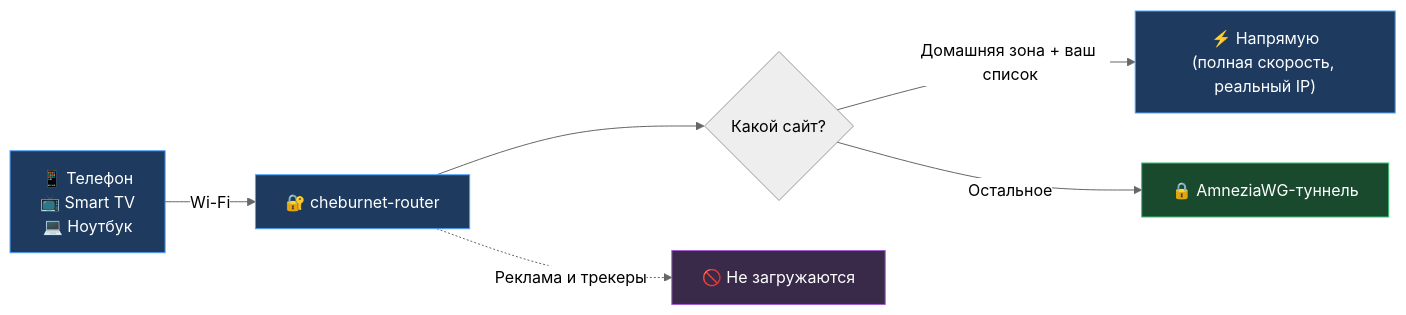
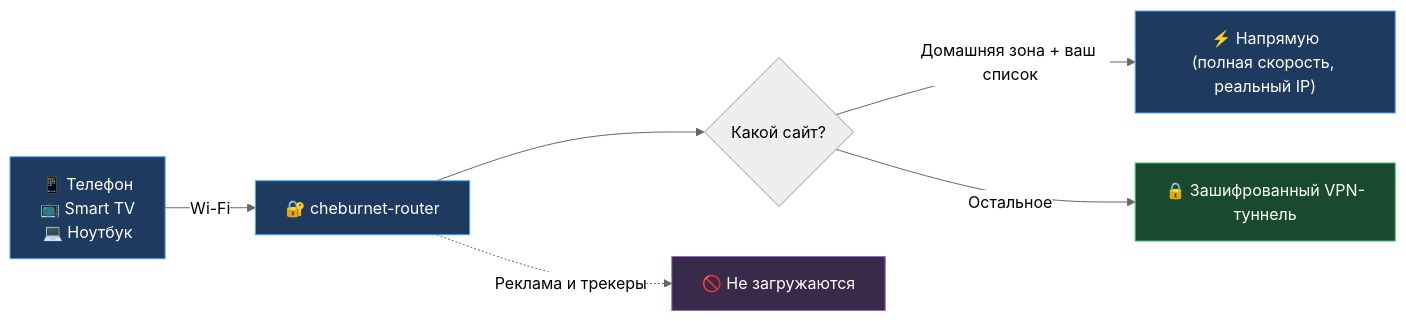
One commit to andreiyurik/cheburnet-router changed the diagram in README.md. Above: the diagram before and after it, drawn with Mermaid (neutral theme). The commit also changed other lines of this file, not shown here.

````diff
--- a/README.md
+++ b/README.md
@@ -63,15 +63,15 @@
 ```mermaid
 flowchart LR
     Phone["📱 Телефон<br/>📺 Smart TV<br/>💻 Ноутбук"] -->|"Wi-Fi"| Router["🔐 cheburnet-router"]
     Router --> Choice{"Какой сайт?"}
     Choice -->|"Домашняя зона + ваш список"| Direct["⚡ Напрямую<br/>(полная скорость, реальный IP)"]
-    Choice -->|"Остальное"| VPN["🔒 AmneziaWG-туннель"]
+    Choice -->|"Остальное"| VPN["🔒 Зашифрованный VPN-туннель"]
     Router -.->|"Реклама и трекеры"| Block["🚫 Не загружаются"]
 
     classDef d fill:#1e3a5f,stroke:#4fa3ff,color:#fff
     classDef vpn fill:#1a4a2e,stroke:#3bc272,color:#fff
     classDef blk fill:#3a2a4a,stroke:#a060d0,color:#fff
     class Router,Phone,Direct d
     class VPN vpn
     class Block blk
 ```
````
